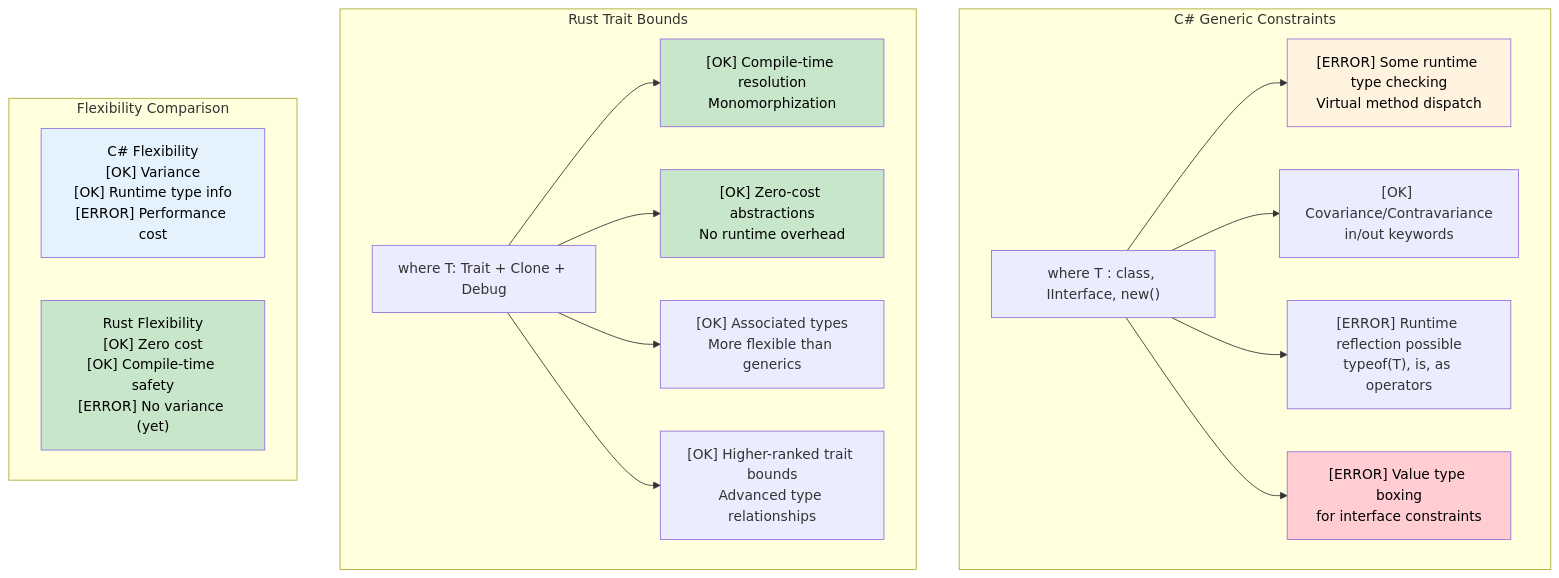
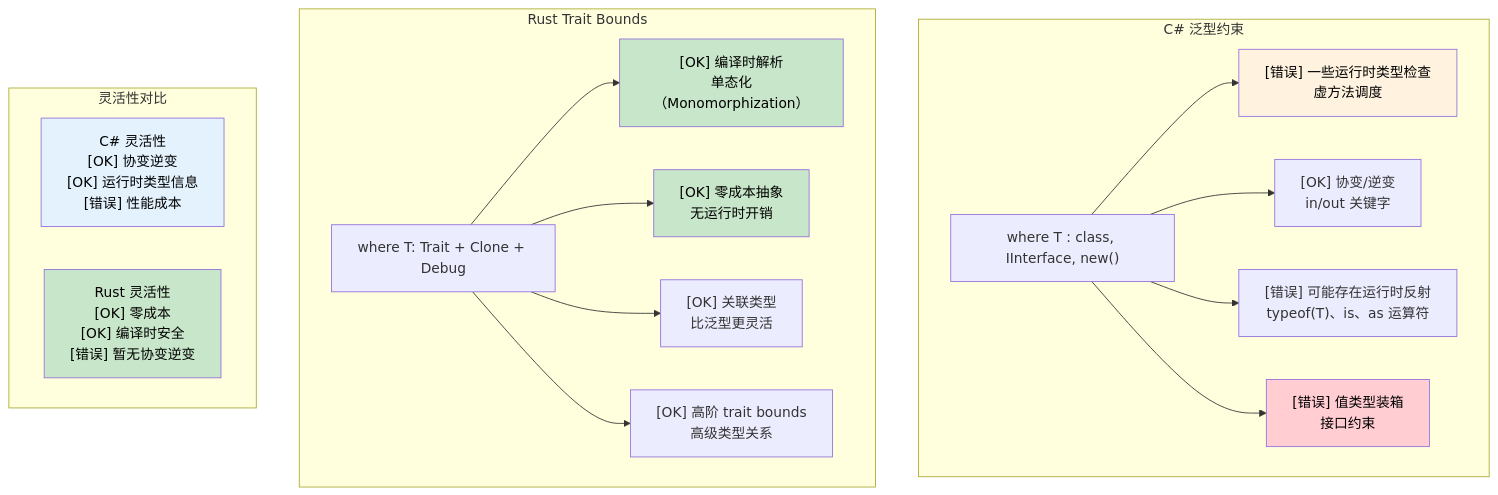
The diagram in csharp-book/src/ch10-1-generic-constraints.md (zyxisme/microsoft-RustTraining-cn), drawn with Mermaid before and after one commit. The commit also changed other lines of this file and 37 other files, not shown here.

````diff
--- a/csharp-book/src/ch10-1-generic-constraints.md
+++ b/csharp-book/src/ch10-1-generic-constraints.md
@@ -131,40 +130,40 @@
 ```mermaid
 graph TD
-    subgraph "C# Generic Constraints"
+    subgraph "C# 泛型约束"
         CS_WHERE["where T : class, IInterface, new()"]
-        CS_RUNTIME["[ERROR] Some runtime type checking<br/>Virtual method dispatch"]
-        CS_VARIANCE["[OK] Covariance/Contravariance<br/>in/out keywords"]
-        CS_REFLECTION["[ERROR] Runtime reflection possible<br/>typeof(T), is, as operators"]
-        CS_BOXING["[ERROR] Value type boxing<br/>for interface constraints"]
-        
+        CS_RUNTIME["[错误] 一些运行时类型检查<br/>虚方法调度"]
+        CS_VARIANCE["[OK] 协变/逆变<br/>in/out 关键字"]
+        CS_REFLECTION["[错误] 可能存在运行时反射<br/>typeof(T)、is、as 运算符"]
+        CS_BOXING["[错误] 值类型装箱<br/>接口约束"]
+
         CS_WHERE --> CS_RUNTIME
         CS_WHERE --> CS_VARIANCE
         CS_WHERE --> CS_REFLECTION
         CS_WHERE --> CS_BOXING
     end
-    
+
     subgraph "Rust Trait Bounds"
         RUST_WHERE["where T: Trait + Clone + Debug"]
-        RUST_COMPILE["[OK] Compile-time resolution<br/>Monomorphization"]
-        RUST_ZERO["[OK] Zero-cost abstractions<br/>No runtime overhead"]
-        RUST_ASSOCIATED["[OK] Associated types<br/>More flexible than generics"]
-        RUST_HKT["[OK] Higher-ranked trait bounds<br/>Advanced type relationships"]
-        
+        RUST_COMPILE["[OK] 编译时解析<br/>单态化（Monomorphization）"]
+        RUST_ZERO["[OK] 零成本抽象<br/>无运行时开销"]
+        RUST_ASSOCIATED["[OK] 关联类型<br/>比泛型更灵活"]
+        RUST_HKT["[OK] 高阶 trait bounds<br/>高级类型关系"]
+
         RUST_WHERE --> RUST_COMPILE
         RUST_WHERE --> RUST_ZERO
         RUST_WHERE --> RUST_ASSOCIATED
         RUST_WHERE --> RUST_HKT
     end
-    
-    subgraph "Flexibility Comparison"
-        CS_FLEX["C# Flexibility<br/>[OK] Variance<br/>[OK] Runtime type info<br/>[ERROR] Performance cost"]
-        RUST_FLEX["Rust Flexibility<br/>[OK] Zero cost<br/>[OK] Compile-time safety<br/>[ERROR] No variance (yet)"]
+
+    subgraph "灵活性对比"
+        CS_FLEX["C# 灵活性<br/>[OK] 协变逆变<br/>[OK] 运行时类型信息<br/>[错误] 性能成本"]
+        RUST_FLEX["Rust 灵活性<br/>[OK] 零成本<br/>[OK] 编译时安全<br/>[错误] 暂无协变逆变"]
     end
-    
+
     style CS_RUNTIME fill:#fff3e0,color:#000
     style CS_BOXING fill:#ffcdd2,color:#000
     style RUST_COMPILE fill:#c8e6c9,color:#000
     style RUST_ZERO fill:#c8e6c9,color:#000
     style CS_FLEX fill:#e3f2fd,color:#000
     style RUST_FLEX fill:#c8e6c9,color:#000
 ```
````
